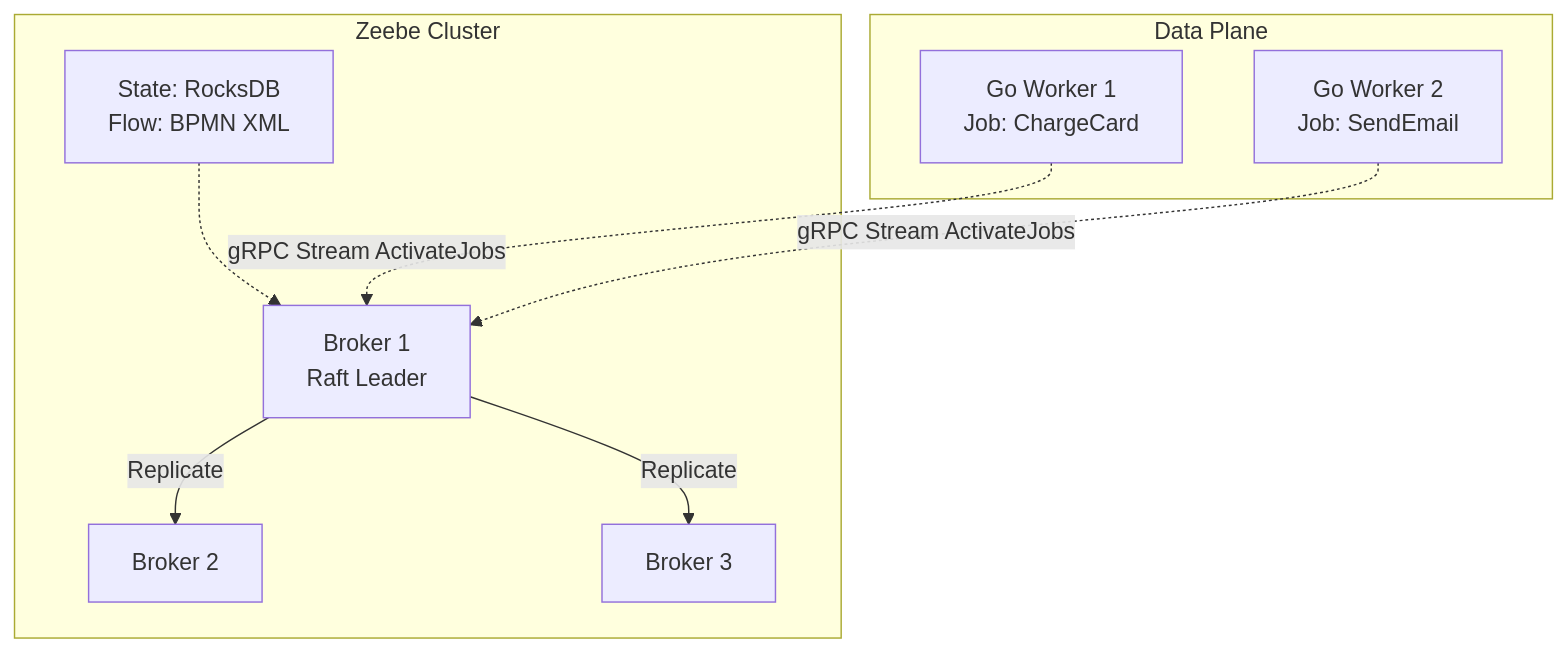
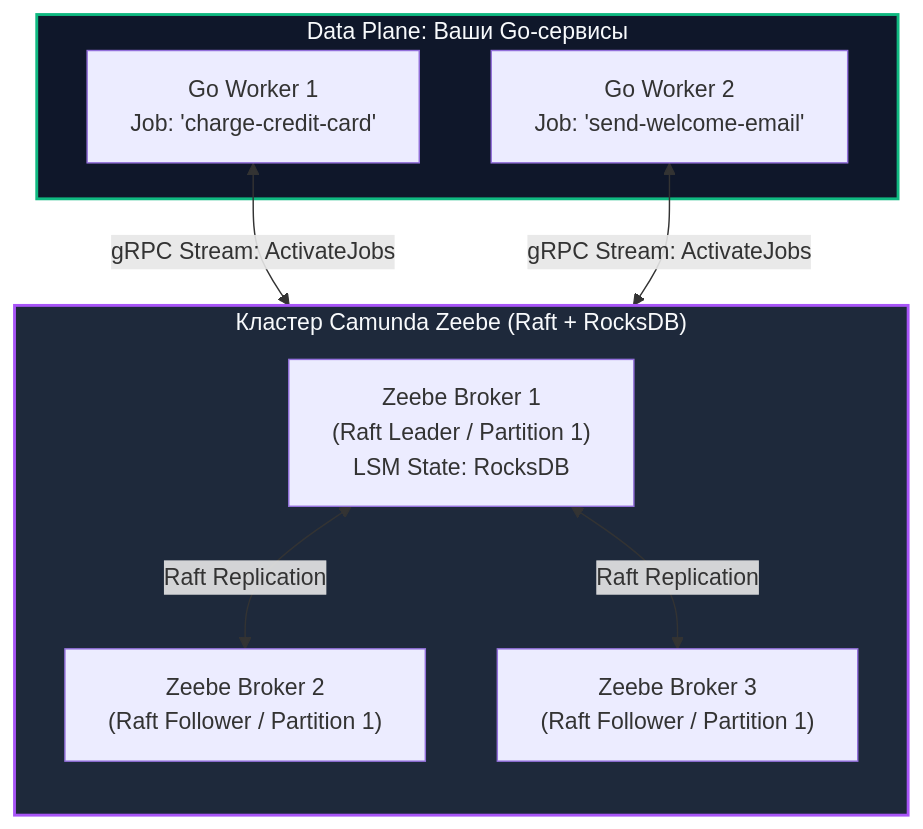
Before and after one commit to UnrealTemplier/go-textbook: the second of 3 diagrams in sources/13. Очереди, брокеры сообщений и оркестраторы/06. Оркестрация процессов/7. Альтернативы. Zeebe, Airflow.md, drawn with Mermaid. The commit also changed other lines of this file, not shown here.

Commit message:
feat(module-13): editorial rewrite of lecture 7 (Zeebe and Airflow alternatives) in Subsection 6 in Kernighan style

````diff
--- a/sources/13. Очереди, брокеры сообщений и оркестраторы/06. Оркестрация процессов/7. Альтернативы. Zeebe, Airflow.md
+++ b/sources/13. Очереди, брокеры сообщений и оркестраторы/06. Оркестрация процессов/7. Альтернативы. Zeebe, Airflow.md
@@ -24,16 +50,24 @@
 ```mermaid
-graph TD
-    subgraph Zeebe Cluster
-        B1["Broker 1<br>Raft Leader"] -->|"Replicate"| B2["Broker 2"]
-        B1 -->|"Replicate"| B3["Broker 3"]
-        note1["State: RocksDB<br>Flow: BPMN XML"] -.-> B1
+flowchart TD
+    subgraph ZeebeCluster["Кластер Camunda Zeebe (Raft + RocksDB)"]
+        direction TB
+        B1["Zeebe Broker 1<br>(Raft Leader / Partition 1)<br>LSM State: RocksDB"]
+        B2["Zeebe Broker 2<br>(Raft Follower / Partition 1)"]
+        B3["Zeebe Broker 3<br>(Raft Follower / Partition 1)"]
+        B1 <-->|"Raft Replication"| B2
+        B1 <-->|"Raft Replication"| B3
     end
-    
-    subgraph Data Plane
-        W1["Go Worker 1<br>Job: ChargeCard"]
-        W2["Go Worker 2<br>Job: SendEmail"]
+
+    subgraph GoWorkers["Data Plane: Ваши Go-сервисы"]
+        W1["Go Worker 1<br>Job: 'charge-credit-card'"]
+        W2["Go Worker 2<br>Job: 'send-welcome-email'"]
     end
-    
-    W1 -.->|"gRPC Stream ActivateJobs"| B1
-    W2 -.->|"gRPC Stream ActivateJobs"| B1
+
+    W1 <-->|"gRPC Stream: ActivateJobs"| B1
+    W2 <-->|"gRPC Stream: ActivateJobs"| B1
+
+    classDef cls fill:#1e293b,stroke:#a855f7,stroke-width:2px,color:#f8fafc;
+    classDef wrk fill:#0f172a,stroke:#10b981,stroke-width:2px,color:#f8fafc;
+    class ZeebeCluster cls;
+    class GoWorkers wrk;
 ```
````
